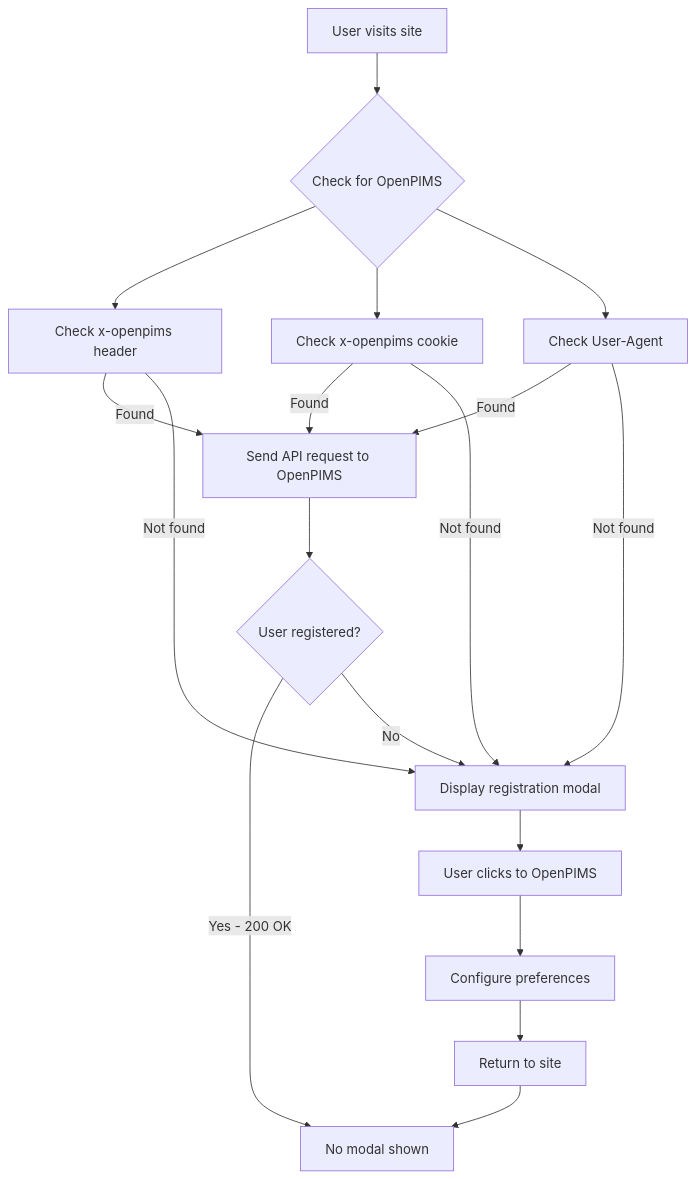
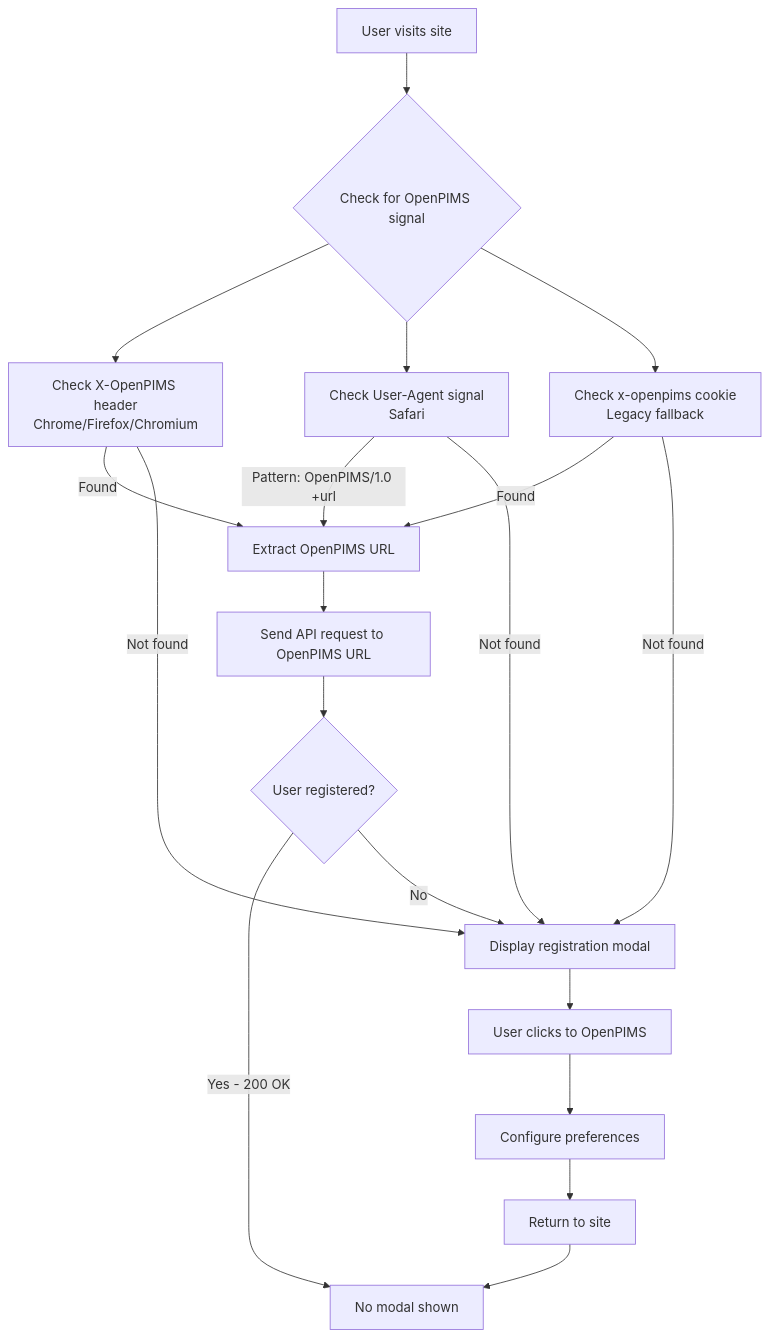
Before and after one commit to openpims/wordpress: the diagram in README.md, drawn with Mermaid. The commit also changed other lines of this file and 1 other file, not shown here.

````diff
--- a/README.md
+++ b/README.md
@@ -96,20 +96,21 @@
 ```mermaid
 graph TD
-    A[User visits site] --> B{Check for OpenPIMS}
-    B --> B1[Check x-openpims header]
-    B --> B2[Check x-openpims cookie]
-    B --> B3[Check User-Agent]
-    B1 -->|Found| C[Send API request to OpenPIMS]
-    B2 -->|Found| C
+    A[User visits site] --> B{Check for OpenPIMS signal}
+    B --> B1[Check X-OpenPIMS header<br/>Chrome/Firefox/Chromium]
+    B --> B2[Check User-Agent signal<br/>Safari]
+    B --> B3[Check x-openpims cookie<br/>Legacy fallback]
+    B1 -->|Found| C[Extract OpenPIMS URL]
+    B2 -->|Pattern: OpenPIMS/1.0 +url| C
     B3 -->|Found| C
     B1 -->|Not found| F[Display registration modal]
     B2 -->|Not found| F
     B3 -->|Not found| F
-    C --> D{User registered?}
-    D -->|Yes - 200 OK| E[No modal shown]
-    D -->|No| F
-    F --> G[User clicks to OpenPIMS]
-    G --> H[Configure preferences]
-    H --> I[Return to site]
-    I --> E
+    C --> D[Send API request to OpenPIMS URL]
+    D --> E{User registered?}
+    E -->|Yes - 200 OK| G[No modal shown]
+    E -->|No| F
+    F --> H[User clicks to OpenPIMS]
+    H --> I[Configure preferences]
+    I --> J[Return to site]
+    J --> G
 ```
````
